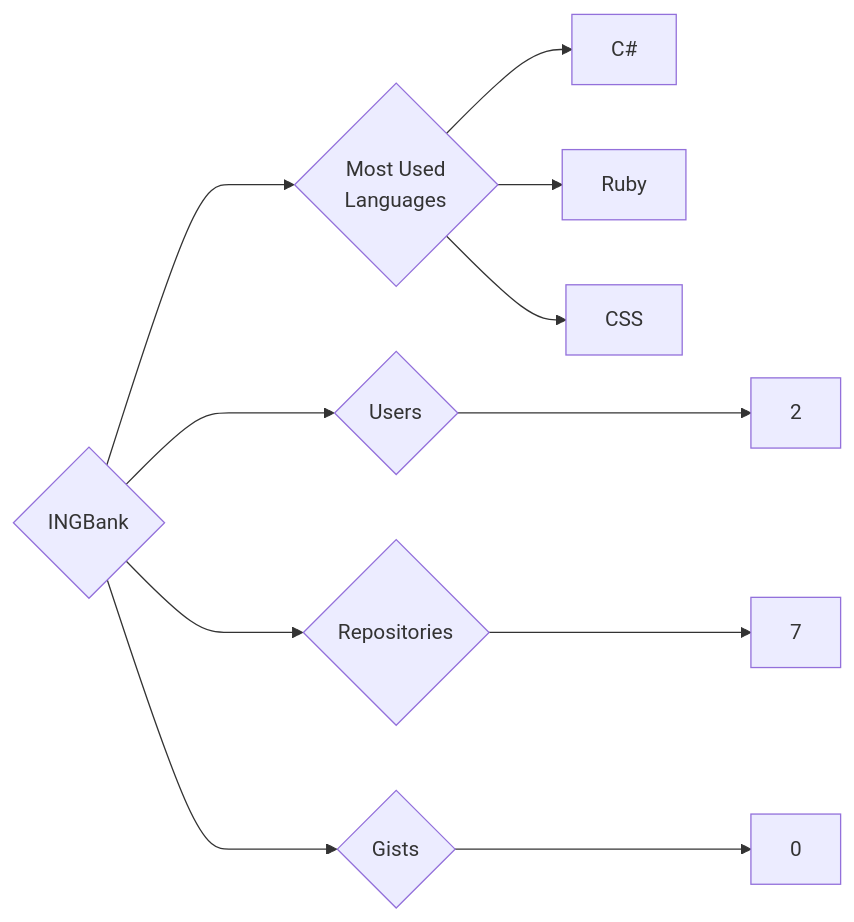
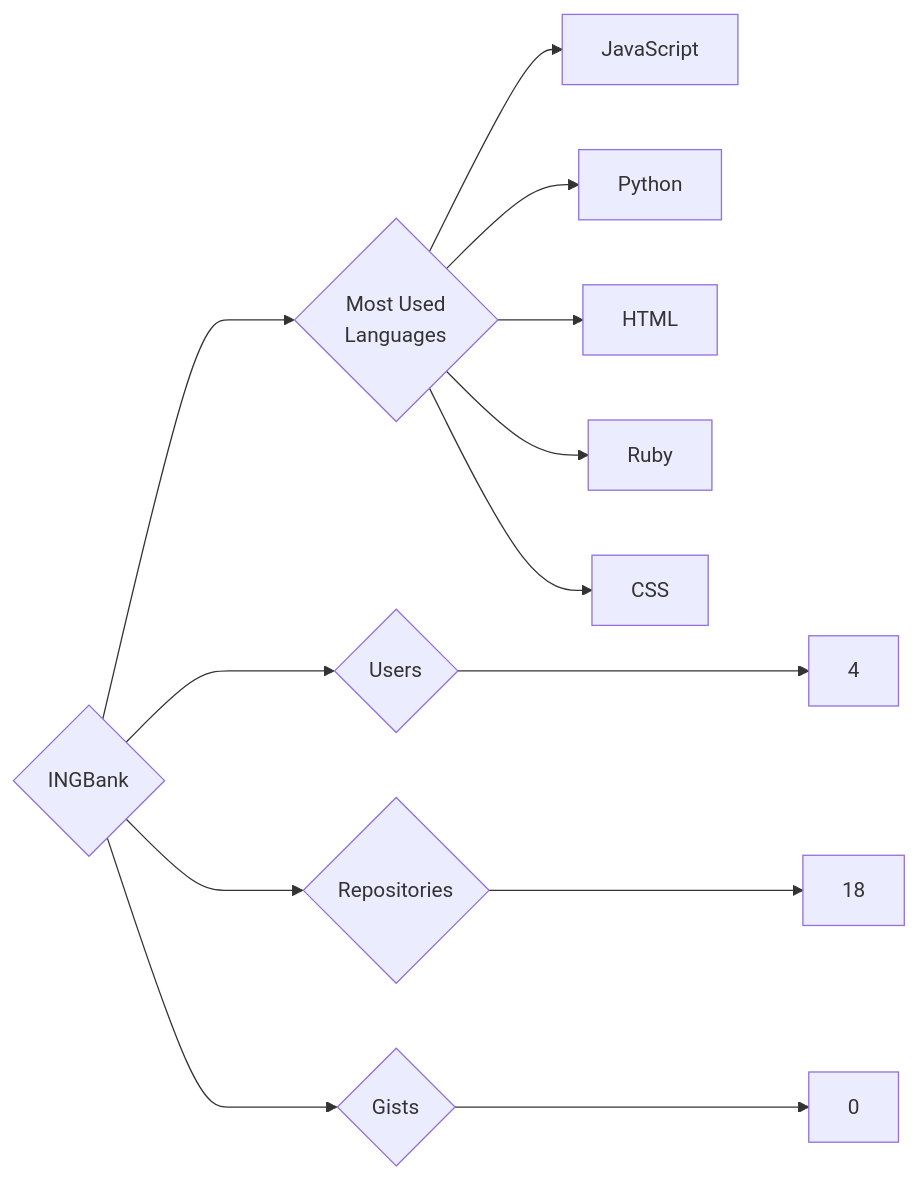
The diagram in targets/INGBank/README.md (trickest/insiders), drawn with Mermaid before and after one commit. The commit also changed 1314 other files, not shown here.

````diff
--- a/targets/INGBank/README.md
+++ b/targets/INGBank/README.md
@@ -3,11 +3,13 @@
 ```mermaid
 graph LR
 COMPANY_NAME{INGBank}
-COMPANY_NAME ---> U{Users} ---> UN[2]
-COMPANY_NAME ---> R{Repositories} ---> RN[7]
+COMPANY_NAME ---> U{Users} ---> UN[4]
+COMPANY_NAME ---> R{Repositories} ---> RN[18]
 COMPANY_NAME ---> G{Gists} ---> GN[0]
 COMPANY_NAME ---> ML{Most Used<br>Languages}
-ML --> C#[C#]
+ML --> JavaScript[JavaScript]
+ML --> Python[Python]
+ML --> HTML[HTML]
 ML --> Ruby[Ruby]
 ML --> CSS[CSS]
 ```
````
